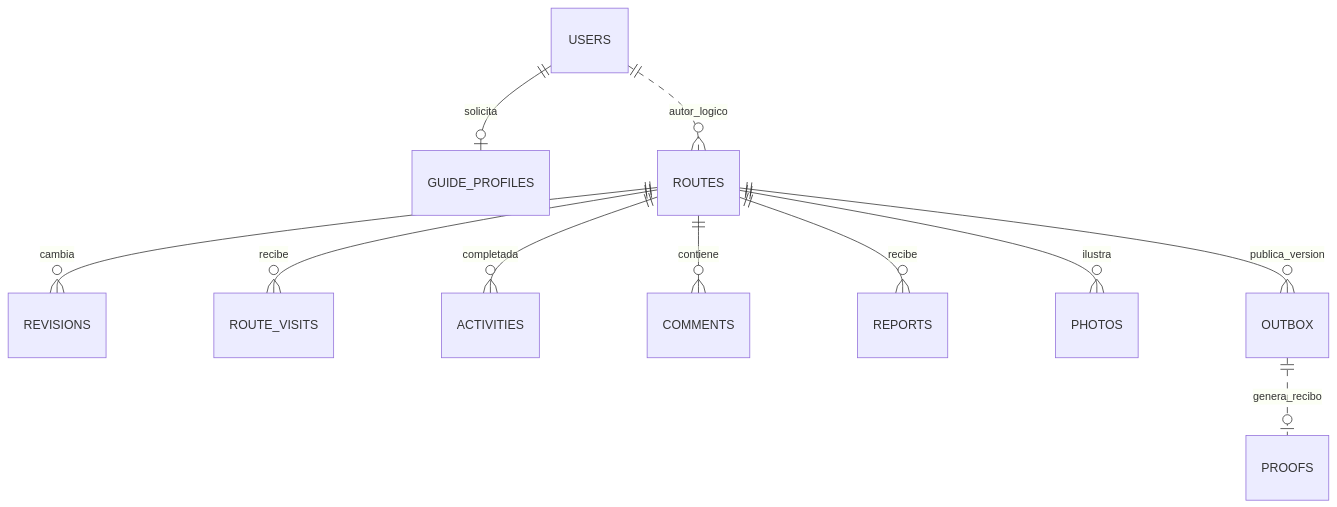
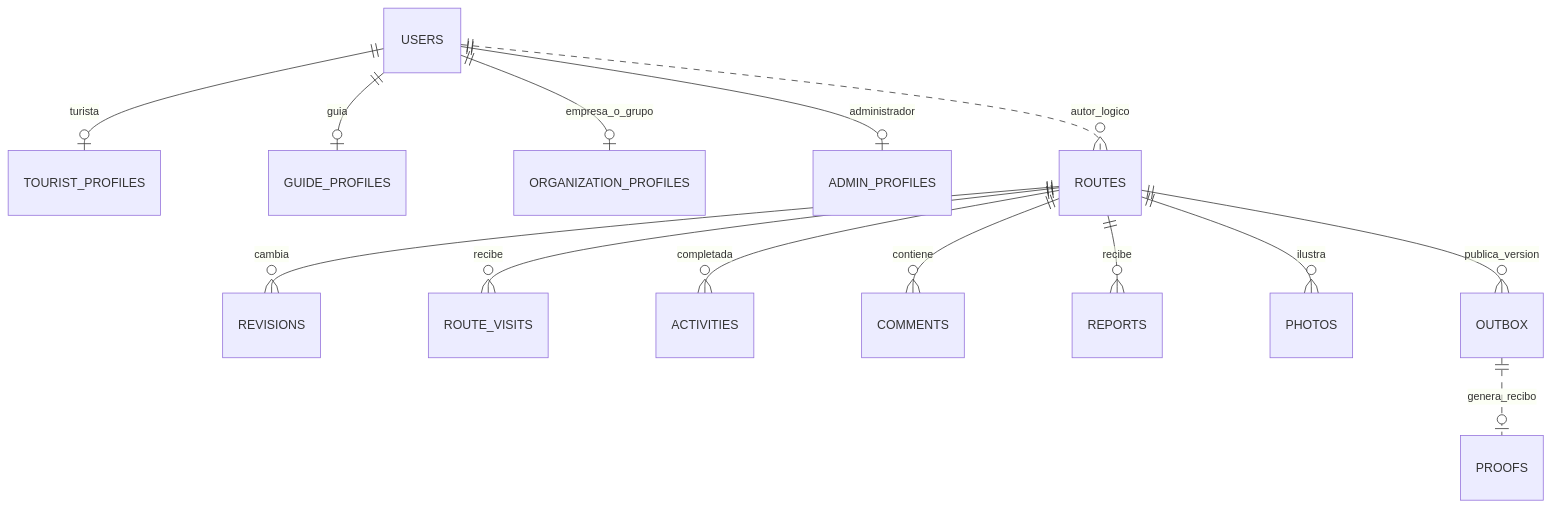
One commit to migusaper1530/altura-paz-backend changed the fifth of 5 diagrams in docs/arquitectura.md. Above: the diagram before and after it, drawn with Mermaid. The commit also changed other lines of this file and 17 other files, not shown here.

Commit message:
Añadir perfiles de turista, guía, organización y administrador

````diff
--- a/docs/arquitectura.md
+++ b/docs/arquitectura.md
@@ -85,13 +86,16 @@
 ```mermaid
 erDiagram
-  USERS ||--o| GUIDE_PROFILES : solicita
+  USERS ||--o| TOURIST_PROFILES : turista
+  USERS ||--o| GUIDE_PROFILES : guia
+  USERS ||--o| ORGANIZATION_PROFILES : empresa_o_grupo
+  USERS ||--o| ADMIN_PROFILES : administrador
   USERS ||..o{ ROUTES : autor_logico
   ROUTES ||--o{ REVISIONS : cambia
   ROUTES ||--o{ ROUTE_VISITS : recibe
   ROUTES ||--o{ ACTIVITIES : completada
   ROUTES ||--o{ COMMENTS : contiene
   ROUTES ||--o{ REPORTS : recibe
   ROUTES ||--o{ PHOTOS : ilustra
   ROUTES ||--o{ OUTBOX : publica_version
   OUTBOX ||..o| PROOFS : genera_recibo
 ```
````
